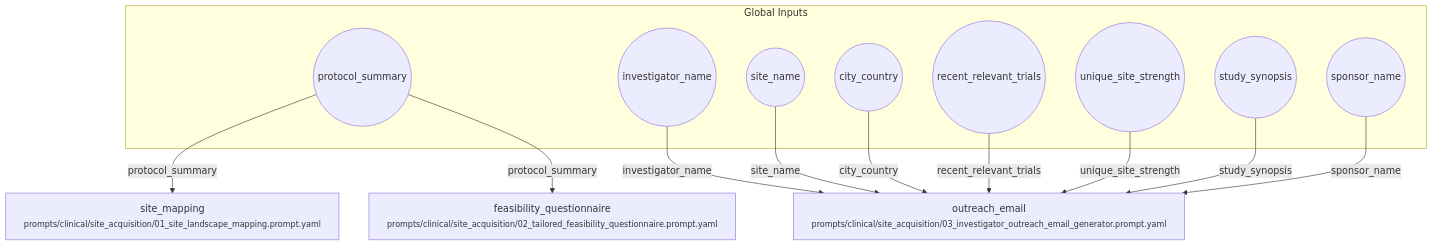
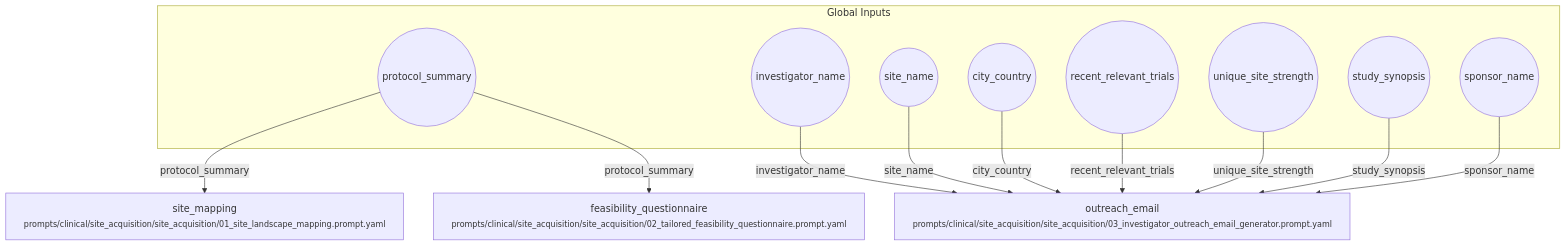
One commit to fderuiter/proompts changed the diagram in workflows/clinical/site_acquisition.workflow.md. Above: the diagram before and after it, drawn with Mermaid. The commit also changed 31 other files, not shown here.

````diff
--- a/workflows/clinical/site_acquisition.workflow.md
+++ b/workflows/clinical/site_acquisition.workflow.md
@@ -7,25 +7,25 @@
 ```mermaid
 flowchart TD
     subgraph Inputs [Global Inputs]
         inp_protocol_summary((protocol_summary))
         inp_investigator_name((investigator_name))
         inp_site_name((site_name))
         inp_city_country((city_country))
         inp_recent_relevant_trials((recent_relevant_trials))
         inp_unique_site_strength((unique_site_strength))
         inp_study_synopsis((study_synopsis))
         inp_sponsor_name((sponsor_name))
     end
-    site_mapping["site_mapping<br/><small>prompts/clinical/site_acquisition/01_site_landscape_mapping.prompt.yaml</small>"]
-    feasibility_questionnaire["feasibility_questionnaire<br/><small>prompts/clinical/site_acquisition/02_tailored_feasibility_questionnaire.prompt.yaml</small>"]
-    outreach_email["outreach_email<br/><small>prompts/clinical/site_acquisition/03_investigator_outreach_email_generator.prompt.yaml</small>"]
+    site_mapping["site_mapping<br/><small>prompts/clinical/site_acquisition/site_acquisition/01_site_landscape_mapping.prompt.yaml</small>"]
+    feasibility_questionnaire["feasibility_questionnaire<br/><small>prompts/clinical/site_acquisition/site_acquisition/02_tailored_feasibility_questionnaire.prompt.yaml</small>"]
+    outreach_email["outreach_email<br/><small>prompts/clinical/site_acquisition/site_acquisition/03_investigator_outreach_email_generator.prompt.yaml</small>"]
     inp_protocol_summary -->|protocol_summary| site_mapping
     inp_protocol_summary -->|protocol_summary| feasibility_questionnaire
     inp_investigator_name -->|investigator_name| outreach_email
     inp_site_name -->|site_name| outreach_email
     inp_city_country -->|city_country| outreach_email
     inp_recent_relevant_trials -->|recent_relevant_trials| outreach_email
     inp_unique_site_strength -->|unique_site_strength| outreach_email
     inp_study_synopsis -->|study_synopsis| outreach_email
     inp_sponsor_name -->|sponsor_name| outreach_email
 ```
````
